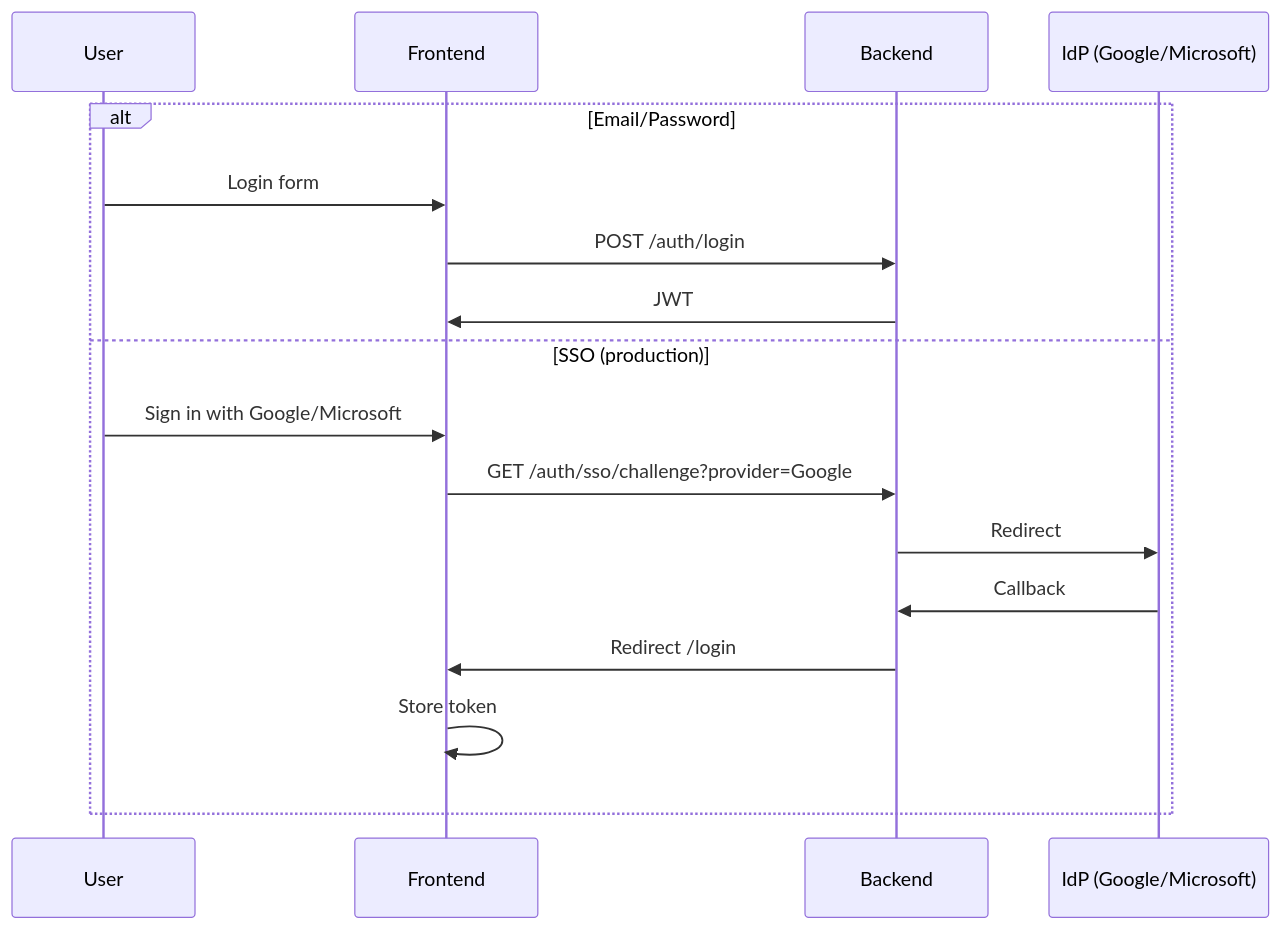
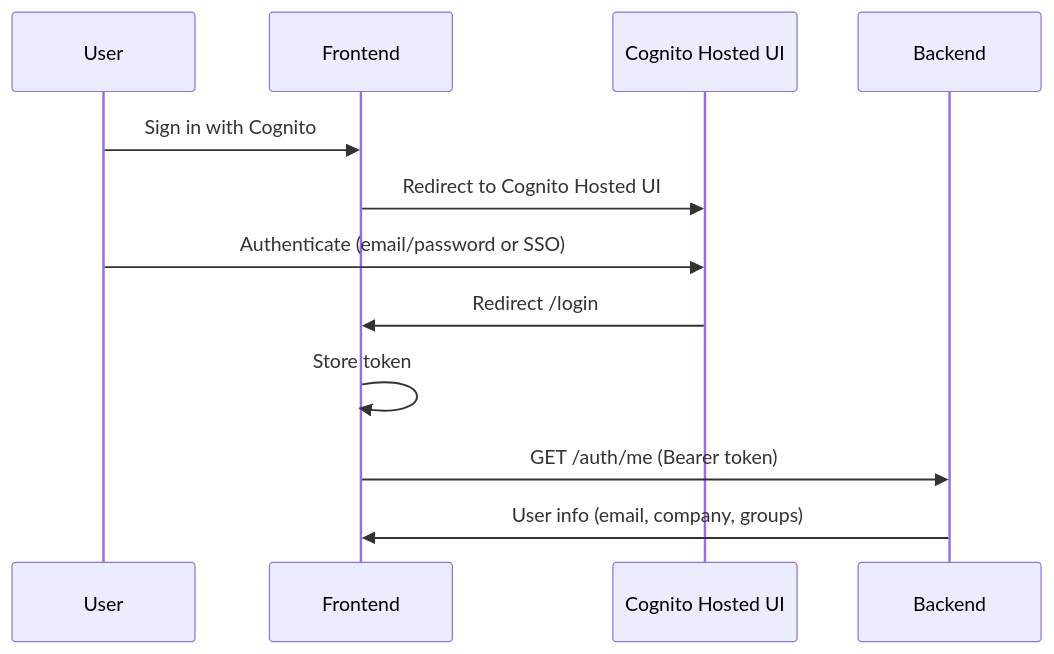
One commit to Ahmed-Shehzad/MIRA changed the second of 2 diagrams in docs/approach.md. Above: the diagram before and after it, drawn with Mermaid. The commit also changed other lines of this file and 188 other files, not shown here.

````diff
--- a/docs/approach.md
+++ b/docs/approach.md
@@ -123,20 +125,15 @@
 ```mermaid
 sequenceDiagram
     participant U as User
     participant F as Frontend
+    participant C as Cognito Hosted UI
     participant B as Backend
-    participant IdP as IdP (Google/Microsoft)
 
-    alt Email/Password
-        U->>F: Login form
-        F->>B: POST /auth/login
-        B->>F: JWT
-    else SSO (production)
-        U->>F: Sign in with Google/Microsoft
-        F->>B: GET /auth/sso/challenge?provider=Google
-        B->>IdP: Redirect
-        IdP->>B: Callback
-        B->>F: Redirect /login#token=JWT
-        F->>F: Store token
-    end
+    U->>F: Sign in with Cognito
+    F->>C: Redirect to Cognito Hosted UI
+    U->>C: Authenticate (email/password or SSO)
+    C->>F: Redirect /login#id_token=JWT
+    F->>F: Store token
+    F->>B: GET /auth/me (Bearer token)
+    B->>F: User info (email, company, groups)
 ```
````
